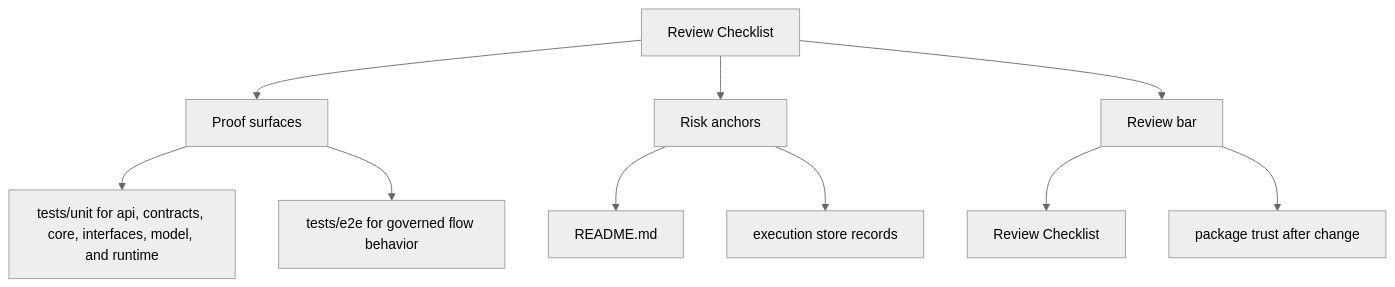
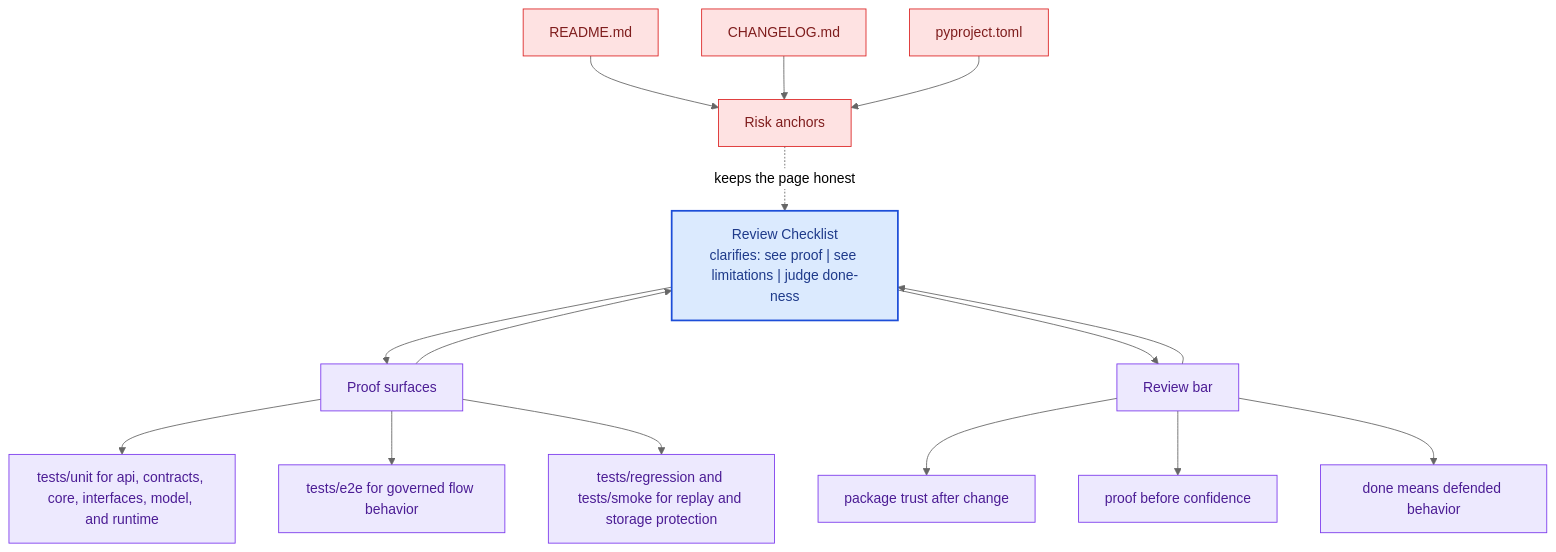
One commit to bijux/bijux-canon changed the second of 2 diagrams in docs/bijux-canon-runtime/quality/review-checklist.md. Above: the diagram before and after it, drawn with Mermaid (neutral theme). The commit also changed other lines of this file and 281 other files, not shown here.

Commit message:
docs(diagrams): deepen handbook mermaid maps across the catalog

````diff
--- a/docs/bijux-canon-runtime/quality/review-checklist.md
+++ b/docs/bijux-canon-runtime/quality/review-checklist.md
@@ -34,22 +67,41 @@
 ```mermaid
-flowchart TD
-    page["Review Checklist"]
+flowchart TB
+    promise["Review Checklist<br/>clarifies: see proof | see limitations | judge done-ness"]
+    classDef promise fill:#dbeafe,stroke:#1d4ed8,color:#1e3a8a,stroke-width:2px;
+    classDef driver fill:#dcfce7,stroke:#16a34a,color:#14532d;
+    classDef constraint fill:#fee2e2,stroke:#dc2626,color:#7f1d1d;
+    classDef ground fill:#ede9fe,stroke:#7c3aed,color:#4c1d95;
     focus1["Proof surfaces"]
-    page --> focus1
+    focus1 --> promise
+    promise --> focus1
     focus1_1["tests/unit for api, contracts, core, interfaces, model, and runtime"]
     focus1 --> focus1_1
     focus1_2["tests/e2e for governed flow behavior"]
     focus1 --> focus1_2
+    focus1_3["tests/regression and tests/smoke for replay and storage protection"]
+    focus1 --> focus1_3
+    class focus1 ground;
+    class focus1_1,focus1_2,focus1_3 ground;
     focus2["Risk anchors"]
-    page --> focus2
+    focus2 -.keeps the page honest.-> promise
     focus2_1["README.md"]
-    focus2 --> focus2_1
-    focus2_2["execution store records"]
-    focus2 --> focus2_2
+    focus2_1 --> focus2
+    focus2_2["CHANGELOG.md"]
+    focus2_2 --> focus2
+    focus2_3["pyproject.toml"]
+    focus2_3 --> focus2
+    class focus2 constraint;
+    class focus2_1,focus2_2,focus2_3 constraint;
     focus3["Review bar"]
-    page --> focus3
-    focus3_1["Review Checklist"]
+    focus3 --> promise
+    promise --> focus3
+    focus3_1["package trust after change"]
     focus3 --> focus3_1
-    focus3_2["package trust after change"]
+    focus3_2["proof before confidence"]
     focus3 --> focus3_2
+    focus3_3["done means defended behavior"]
+    focus3 --> focus3_3
+    class focus3 ground;
+    class focus3_1,focus3_2,focus3_3 ground;
+    class promise promise;
 ```
````
